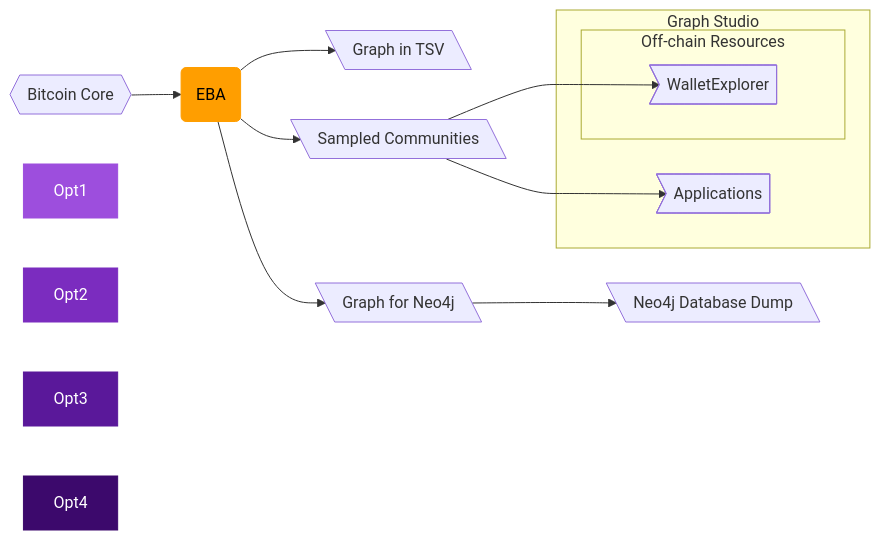
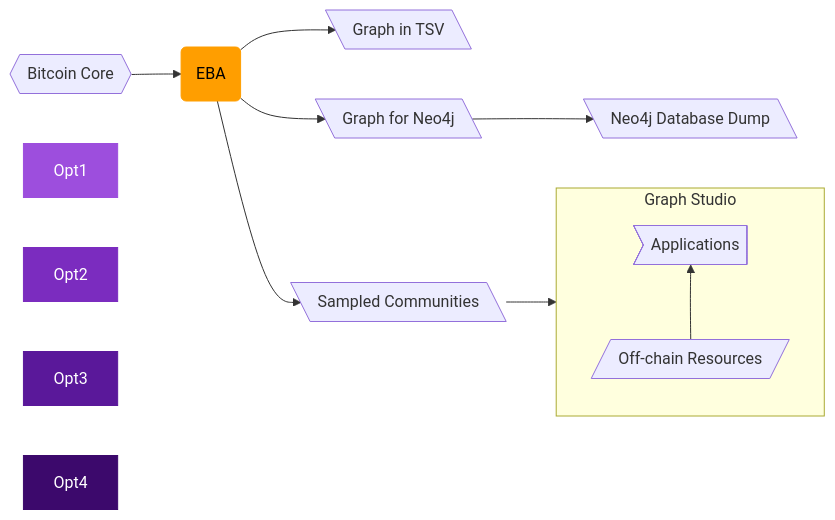
Before and after one commit to VJalili/MSPC: the second of 2 diagrams in README.md, drawn with Mermaid.

````diff
--- a/README.md
+++ b/README.md
@@ -32,30 +32,30 @@
 ```mermaid
 graph LR
     bitcoinCore{{Bitcoin Core}} --> eba(EBA);
     eba --> tsv[\Graph in TSV\];
     eba --> neo4j[\Graph for Neo4j\];
     neo4j --> neo4jDump[\Neo4j Database Dump\];
-    eba --> coms[\Sampled Communities\];
 
     subgraph gStudio[Graph Studio]
+        direction BT
         apps>Applications];
-        
-        subgraph labels[Off-chain Resources]
-            wallet>WalletExplorer];
-        end
+
+        offchain[/Off-chain Resources/];
+
+        offchain --> apps;
     end
 
-    coms --> apps;
-    coms --> wallet;
+    eba --> coms[\Sampled Communities\];
+    coms --> apps;    
     
 
     %% --- Link Definitions ---
     click eba "#opt1" "Go to Pre-built Model Section"
 
     %% --- Styling ---
     style eba fill:#ff9e00,stroke:#ff9e00,color:#000
     style Opt1 fill:#9d4edd,stroke:#9d4edd,color:#fff
     style Opt2 fill:#7b2cbf,stroke:#7b2cbf,color:#fff
     style Opt3 fill:#5a189a,stroke:#5a189a,color:#fff
     style Opt4 fill:#3c096c,stroke:#3c096c,color:#fff
 ```
````
